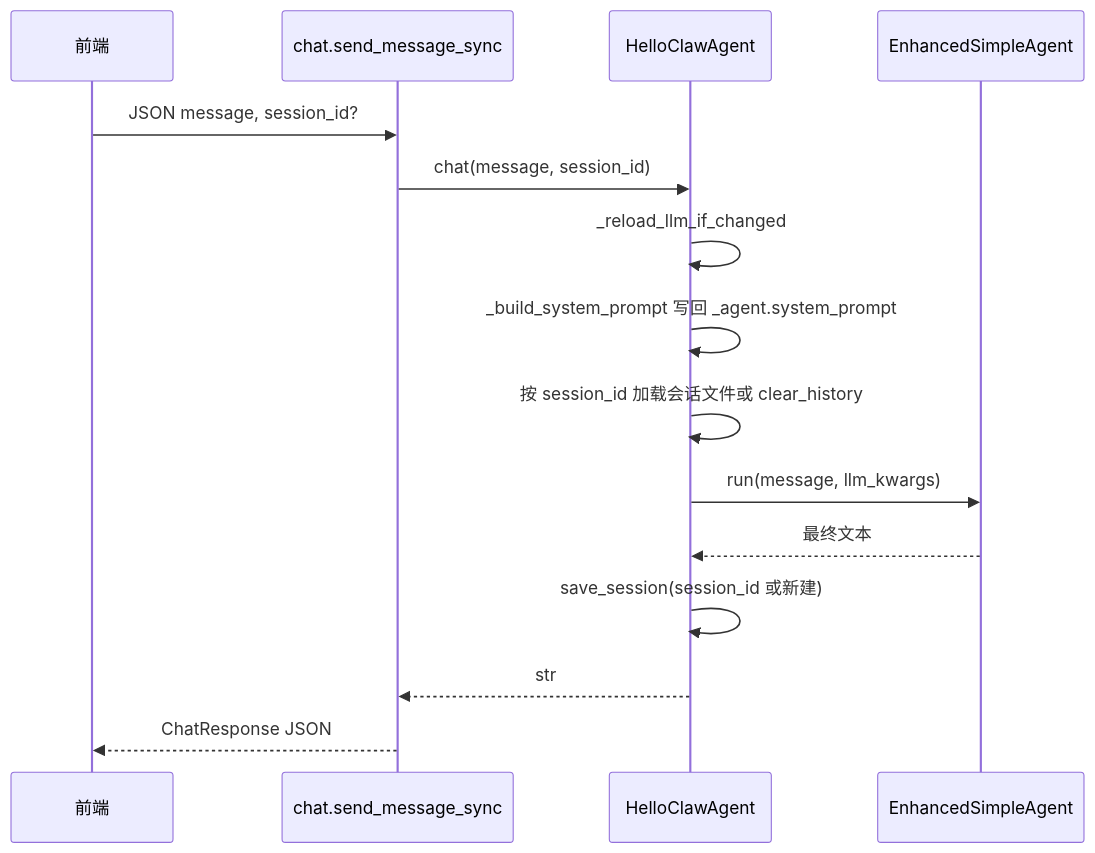
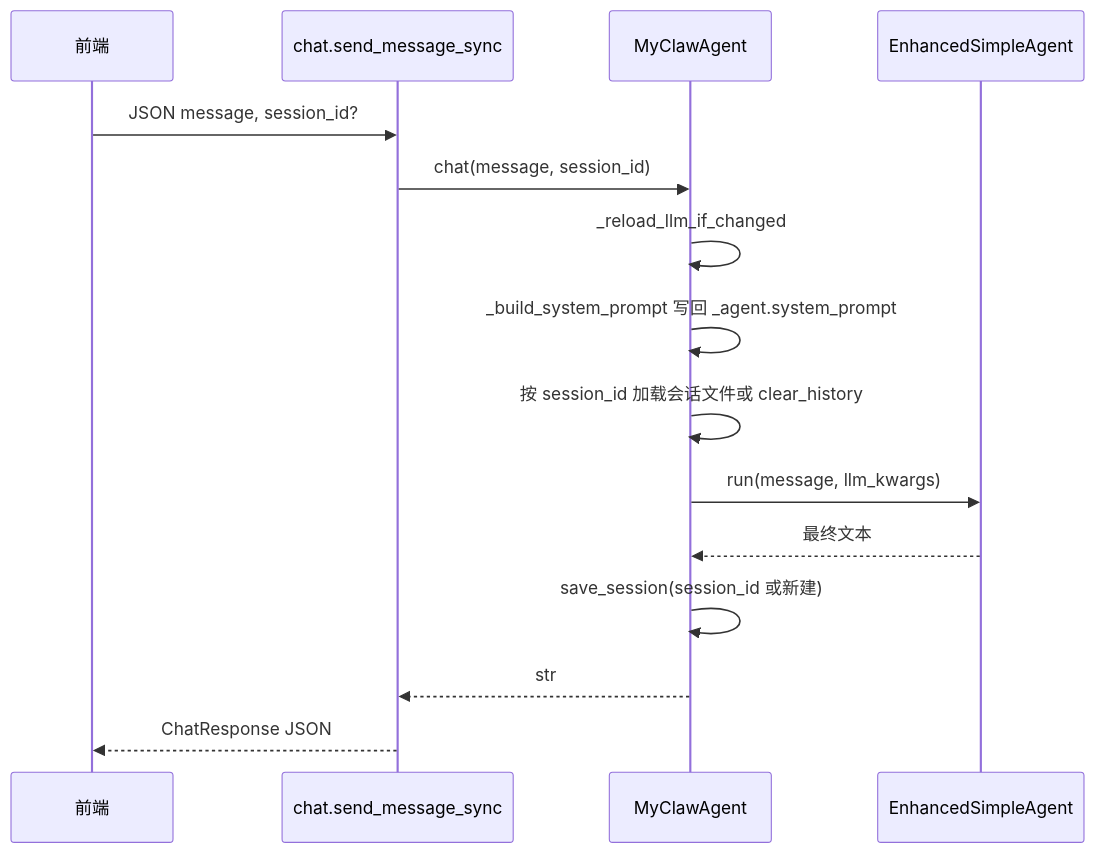
The fourth of 8 diagrams in docs/HelloClaw-Backend-请求执行流程.md (promisestar/MyClaw), drawn with Mermaid before and after one commit. The commit also changed other lines of this file and 19 other files, not shown here.

````diff
--- a/docs/HelloClaw-Backend-请求执行流程.md
+++ b/docs/HelloClaw-Backend-请求执行流程.md
@@ -103,18 +103,18 @@
 ```mermaid
 sequenceDiagram
     participant FE as 前端
     participant API as chat.send_message_sync
-    participant HA as HelloClawAgent
+    participant HA as MyClawAgent
     participant SA as EnhancedSimpleAgent
 
     FE->>API: JSON message, session_id?
     API->>HA: chat(message, session_id)
     HA->>HA: _reload_llm_if_changed
     HA->>HA: _build_system_prompt 写回 _agent.system_prompt
     HA->>HA: 按 session_id 加载会话文件或 clear_history
     HA->>SA: run(message, llm_kwargs)
     SA-->>HA: 最终文本
     HA->>HA: save_session(session_id 或新建)
     HA-->>API: str
     API-->>FE: ChatResponse JSON
 ```
````
